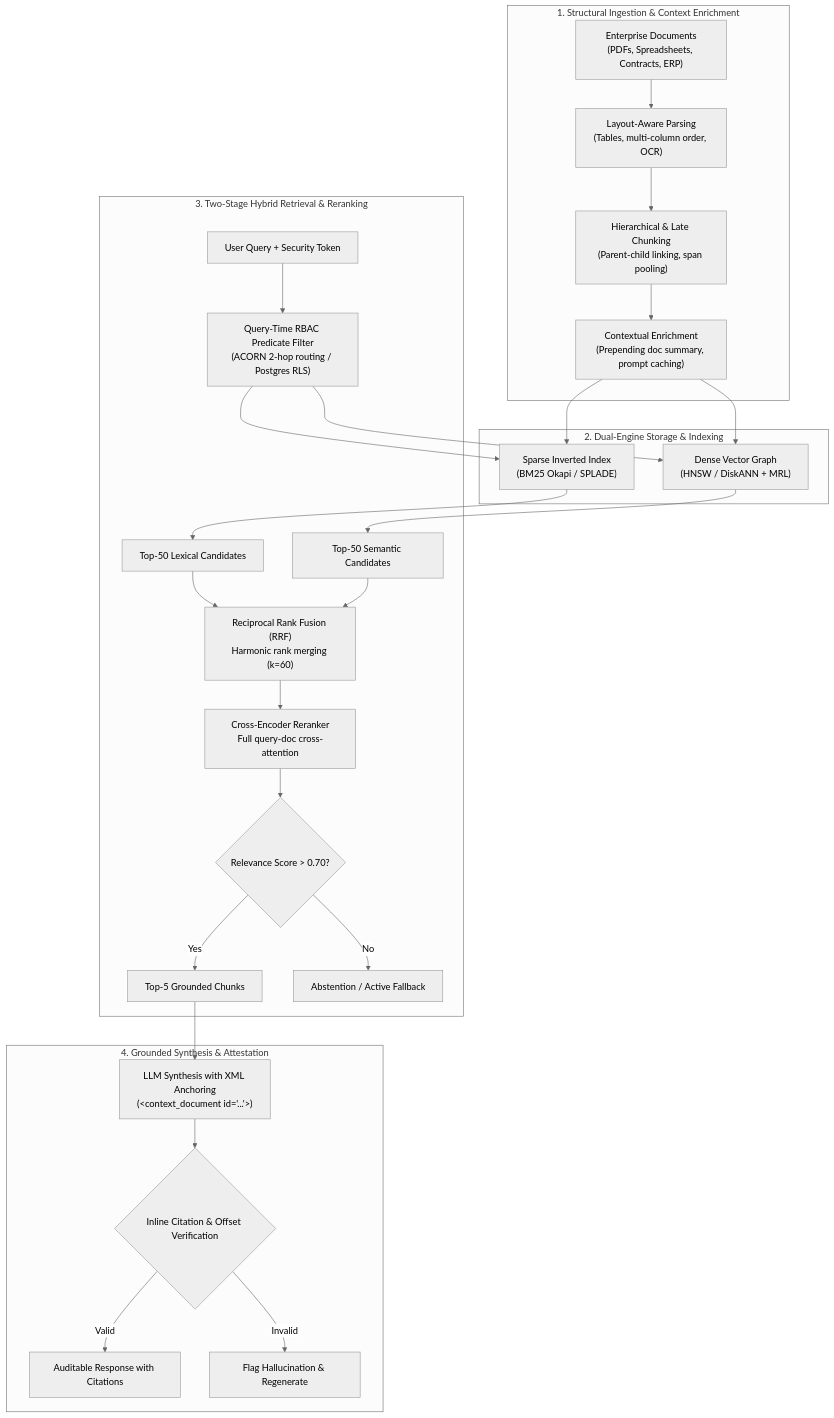
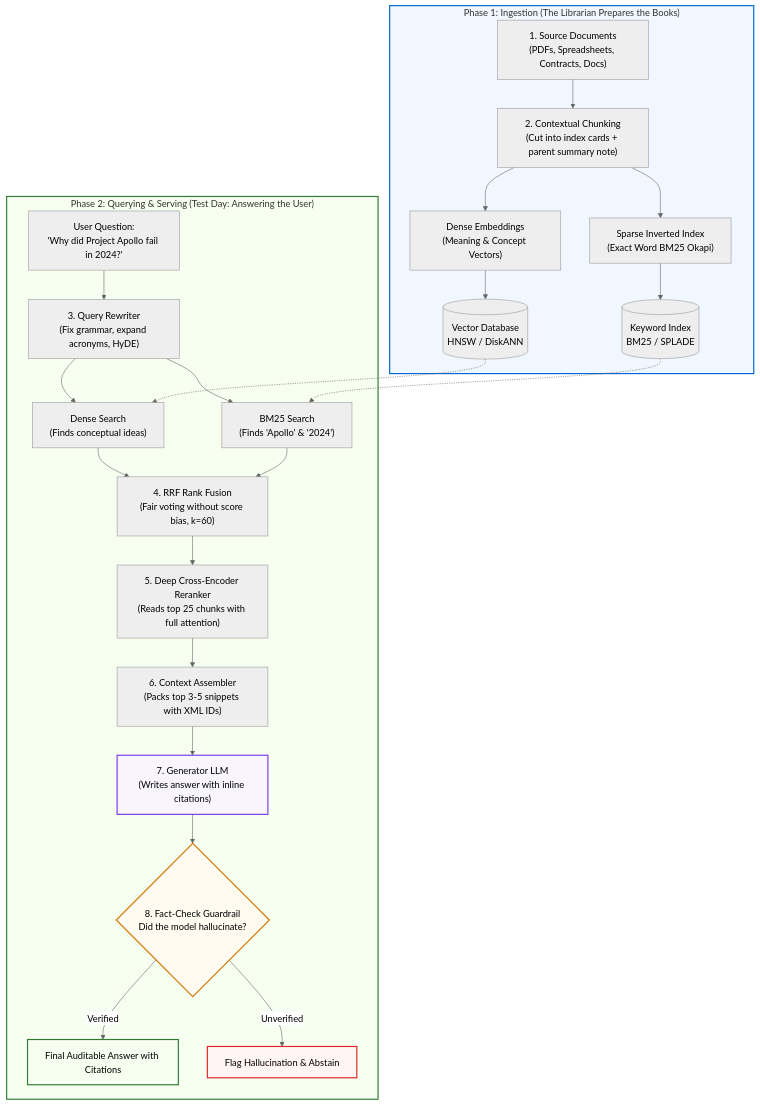
One commit to dip4k/senior-engineer-to-ai-engineer-roadmap changed the diagram in 02-rag-and-knowledge-systems/README.md. Above: the diagram before and after it, drawn with Mermaid (neutral theme). The commit also changed other lines of this file and 3 other files, not shown here.

Commit message:
feat(curriculum): update root README, roadmap, transition guide, and Phase 02 with modern UI flowcharts and ELI10 blueprints

````diff
--- a/02-rag-and-knowledge-systems/README.md
+++ b/02-rag-and-knowledge-systems/README.md
@@ -13,34 +25,33 @@
 ```mermaid
 flowchart TD
-    subgraph Ingestion_Stage["1. Structural Ingestion & Context Enrichment"]
-        Raw["Enterprise Documents<br>(PDFs, Spreadsheets, Contracts, ERP)"] --> Parse["Layout-Aware Parsing<br>(Tables, multi-column order, OCR)"]
-        Parse --> Chunk["Hierarchical & Late Chunking<br>(Parent-child linking, span pooling)"]
-        Chunk --> Enrich["Contextual Enrichment<br>(Prepending doc summary, prompt caching)"]
+    subgraph PHASE1["Phase 1: Ingestion (The Librarian Prepares the Books)"]
+        D["1. Source Documents<br>(PDFs, Spreadsheets, Contracts, Docs)"] --> CC["2. Contextual Chunking<br>(Cut into index cards + parent summary note)"]
+        CC --> E1["Dense Embeddings<br>(Meaning & Concept Vectors)"]
+        CC --> E2["Sparse Inverted Index<br>(Exact Word BM25 Okapi)"]
+        E1 --> VDB[("Vector Database<br>HNSW / DiskANN")]
+        E2 --> KDB[("Keyword Index<br>BM25 / SPLADE")]
     end
 
-    subgraph Dual_Index["2. Dual-Engine Storage & Indexing"]
-        Enrich --> Inverted["Sparse Inverted Index<br>(BM25 Okapi / SPLADE)"]
-        Enrich --> DenseGraph["Dense Vector Graph<br>(HNSW / DiskANN + MRL)"]
+    subgraph PHASE2["Phase 2: Querying & Serving (Test Day: Answering the User)"]
+        UQ["User Question:<br>'Why did Project Apollo fail in 2024?'"] --> QR["3. Query Rewriter<br>(Fix grammar, expand acronyms, HyDE)"]
+        QR --> H1["Dense Search<br>(Finds conceptual ideas)"]
+        QR --> H2["BM25 Search<br>(Finds 'Apollo' & '2024')"]
+        VDB -.-> H1
+        KDB -.-> H2
+        H1 --> RRF["4. RRF Rank Fusion<br>(Fair voting without score bias, k=60)"]
+        H2 --> RRF
+        RRF --> RR["5. Deep Cross-Encoder Reranker<br>(Reads top 25 chunks with full attention)"]
+        RR --> CP["6. Context Assembler<br>(Packs top 3-5 snippets with XML IDs)"]
+        CP --> LLM["7. Generator LLM<br>(Writes answer with inline citations)"]
+        LLM --> GD{"8. Fact-Check Guardrail<br>Did the model hallucinate?"}
+        GD -- "Verified" --> ANS["Final Auditable Answer with Citations"]
+        GD -- "Unverified" --> ABSTAIN["Flag Hallucination & Abstain"]
     end
 
-    subgraph Retrieval_Stage["3. Two-Stage Hybrid Retrieval & Reranking"]
-        Query["User Query + Security Token"] --> PreFilter["Query-Time RBAC Predicate Filter<br>(ACORN 2-hop routing / Postgres RLS)"]
-        PreFilter --> Inverted
-        PreFilter --> DenseGraph
-        Inverted --> Candidates["Top-50 Lexical Candidates"]
-        DenseGraph --> Candidates2["Top-50 Semantic Candidates"]
-        Candidates --> RRF["Reciprocal Rank Fusion (RRF)<br>Harmonic rank merging (k=60)"]
-        Candidates2 --> RRF
-        RRF --> Rerank["Cross-Encoder Reranker<br>Full query-doc cross-attention"]
-        Rerank --> Threshold{"Relevance Score > 0.70?"}
-        Threshold -- "Yes" --> Evidence["Top-5 Grounded Chunks"]
-        Threshold -- "No" --> Abstain["Abstention / Active Fallback"]
-    end
-
-    subgraph Synthesis_Stage["4. Grounded Synthesis & Attestation"]
-        Evidence --> LLM["LLM Synthesis with XML Anchoring<br>(&lt;context_document id='...'&gt;)"]
-        LLM --> Verify{"Inline Citation & Offset Verification"}
-        Verify -- "Valid" --> Deliver["Auditable Response with Citations"]
-        Verify -- "Invalid" --> Flag["Flag Hallucination & Regenerate"]
-    end
+    style PHASE1 fill:#f0f7ff,stroke:#0066cc,stroke-width:2px
+    style PHASE2 fill:#f6fff0,stroke:#2e7d32,stroke-width:2px
+    style GD fill:#fffbf0,stroke:#d97706,stroke-width:2px
+    style ANS fill:#f6fff0,stroke:#2e7d32,stroke-width:2px
+    style ABSTAIN fill:#fff5f5,stroke:#dc2626,stroke-width:2px
+    style LLM fill:#f8f5ff,stroke:#7c3aed,stroke-width:2px
 ```
````
